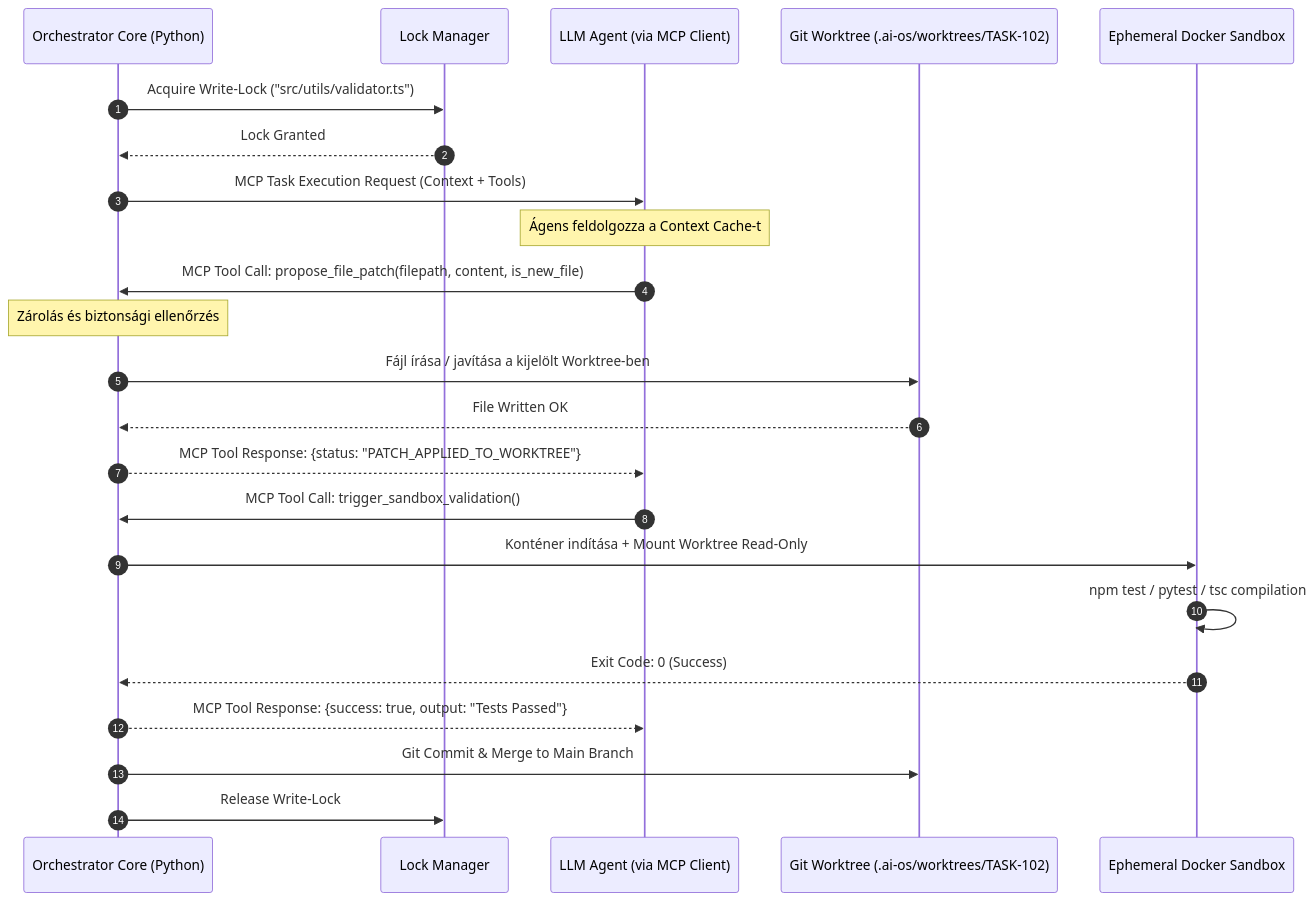
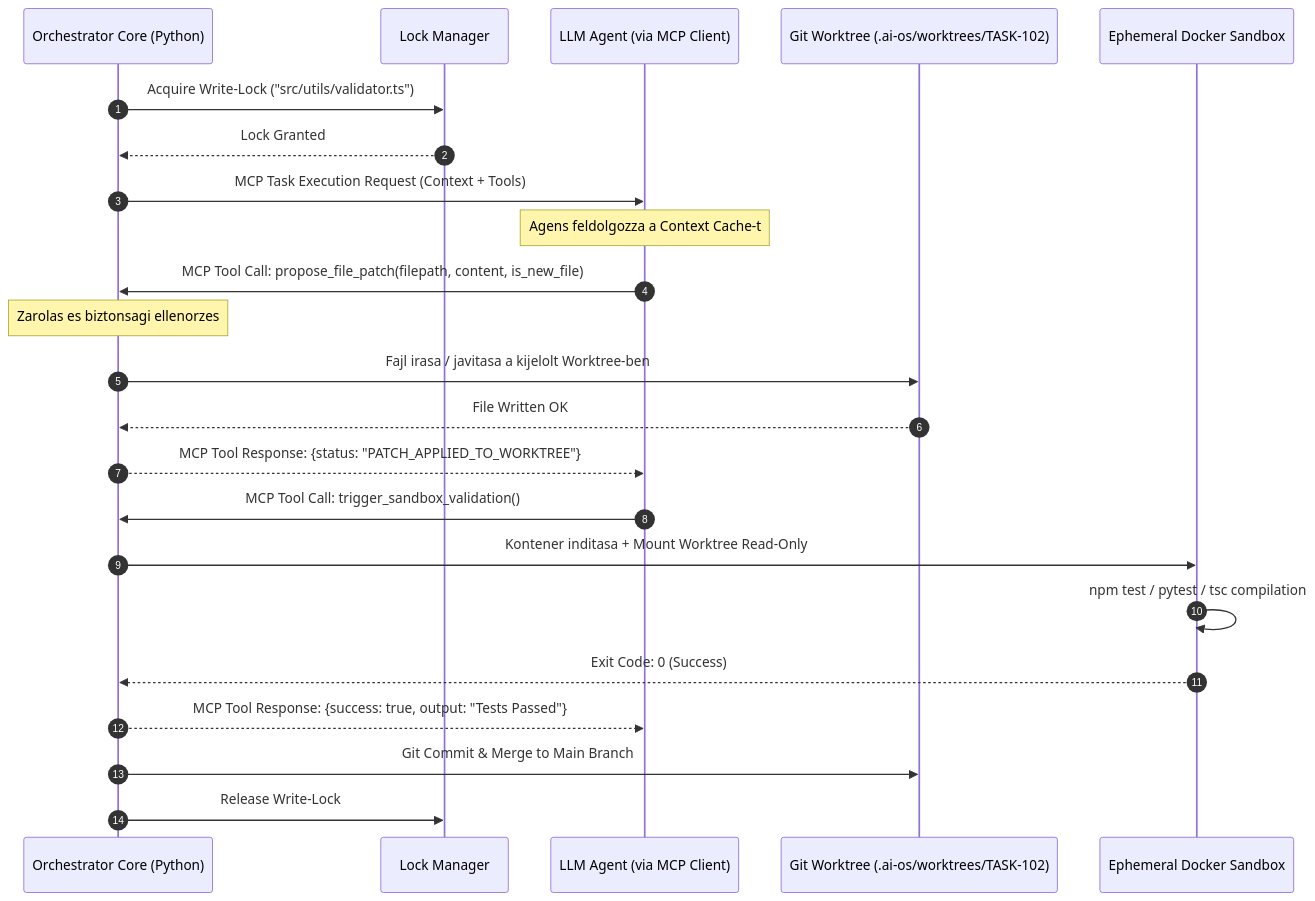
The second of 2 diagrams in docs/07_MCP_ADAPTER_ROUTER.md (badzso-boop/ai-os), drawn with Mermaid before and after one commit. The commit also changed other lines of this file and 21 other files, not shown here.

````diff
--- a/docs/07_MCP_ADAPTER_ROUTER.md
+++ b/docs/07_MCP_ADAPTER_ROUTER.md
@@ -48,30 +48,30 @@
 ```mermaid
 sequenceDiagram
     autonumber
     participant Kernel as Orchestrator Core (Python)
     participant Lock as Lock Manager
     participant LLM as LLM Agent (via MCP Client)
     participant WT as Git Worktree (.ai-os/worktrees/TASK-102)
     participant Docker as Ephemeral Docker Sandbox
 
     Kernel->>Lock: Acquire Write-Lock ("src/utils/validator.ts")
     Lock-->>Kernel: Lock Granted
     Kernel->>LLM: MCP Task Execution Request (Context + Tools)
     
-    note over LLM: Ágens feldolgozza a Context Cache-t
+    note over LLM: Agens feldolgozza a Context Cache-t
     LLM->>Kernel: MCP Tool Call: propose_file_patch(filepath, content, is_new_file)
     
-    note over Kernel: Zárolás és biztonsági ellenőrzés
-    Kernel->>WT: Fájl írása / javítása a kijelölt Worktree-ben
+    note over Kernel: Zarolas es biztonsagi ellenorzes
+    Kernel->>WT: Fajl irasa / javitasa a kijelolt Worktree-ben
     WT-->>Kernel: File Written OK
     Kernel-->>LLM: MCP Tool Response: {status: "PATCH_APPLIED_TO_WORKTREE"}
     
     LLM->>Kernel: MCP Tool Call: trigger_sandbox_validation()
-    Kernel->>Docker: Konténer indítása + Mount Worktree Read-Only
+    Kernel->>Docker: Kontener inditasa + Mount Worktree Read-Only
     Docker->>Docker: npm test / pytest / tsc compilation
     Docker-->>Kernel: Exit Code: 0 (Success)
     Kernel-->>LLM: MCP Tool Response: {success: true, output: "Tests Passed"}
     
     Kernel->>WT: Git Commit & Merge to Main Branch
     Kernel->>Lock: Release Write-Lock
 ```
````
